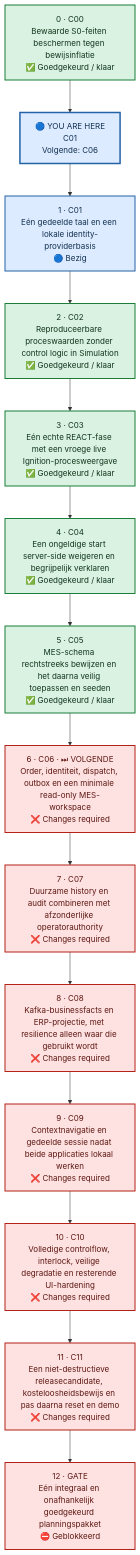
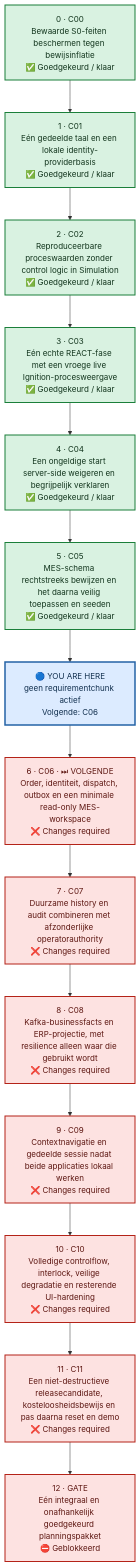
Before and after one commit to Jandesch91/n1-bioforge-requirements-cockpit: the diagram in chunks.mmd, drawn with Mermaid. The commit also changed 4 other files, not shown here.

```diff
--- a/chunks.mmd
+++ b/chunks.mmd
@@ -1,39 +1,39 @@
 %%{init: {"flowchart": {"curve": "linear", "nodeSpacing": 55, "rankSpacing": 65, "htmlLabels": true}}}%%
 flowchart TB
     %% One vertical lane: order is explicit and no dependency arrows cross.
     chunk_0["0 · C00<br/>Bewaarde S0-feiten beschermen tegen bewijsinflatie<br/>✅ Goedgekeurd / klaar"]
-    chunk_1["1 · C01<br/>Eén gedeelde taal en een lokale identity-providerbasis<br/>🔵 Bezig"]
+    chunk_1["1 · C01<br/>Eén gedeelde taal en een lokale identity-providerbasis<br/>✅ Goedgekeurd / klaar"]
     chunk_2["2 · C02<br/>Reproduceerbare proceswaarden zonder control logic in Simulation<br/>✅ Goedgekeurd / klaar"]
     chunk_3["3 · C03<br/>Eén echte REACT-fase met een vroege live Ignition-procesweergave<br/>✅ Goedgekeurd / klaar"]
     chunk_4["4 · C04<br/>Een ongeldige start server-side weigeren en begrijpelijk verklaren<br/>✅ Goedgekeurd / klaar"]
     chunk_5["5 · C05<br/>MES-schema rechtstreeks bewijzen en het daarna veilig toepassen en seeden<br/>✅ Goedgekeurd / klaar"]
     chunk_6["6 · C06 · ⏭ VOLGENDE<br/>Order, identiteit, dispatch, outbox en een minimale read-only MES-workspace<br/>❌ Changes required"]
     chunk_7["7 · C07<br/>Duurzame history en audit combineren met afzonderlijke operatorauthority<br/>❌ Changes required"]
     chunk_8["8 · C08<br/>Kafka-businessfacts en ERP-projectie, met resilience alleen waar die gebruikt wordt<br/>❌ Changes required"]
     chunk_9["9 · C09<br/>Contextnavigatie en gedeelde sessie nadat beide applicaties lokaal werken<br/>❌ Changes required"]
     chunk_10["10 · C10<br/>Volledige controlflow, interlock, veilige degradatie en resterende UI-hardening<br/>❌ Changes required"]
     chunk_11["11 · C11<br/>Een niet-destructieve releasecandidate, kosteloosheidsbewijs en pas daarna reset en demo<br/>❌ Changes required"]
     chunk_12["12 · GATE<br/>Eén integraal en onafhankelijk goedgekeurd planningspakket<br/>⛔ Geblokkeerd"]
-    current_marker["🔵 YOU ARE HERE<br/>C01<br/>Volgende: C06"]
-    chunk_0 --> current_marker --> chunk_1 --> chunk_2 --> chunk_3 --> chunk_4 --> chunk_5 --> chunk_6 --> chunk_7 --> chunk_8 --> chunk_9 --> chunk_10 --> chunk_11 --> chunk_12
+    current_marker["🔵 YOU ARE HERE<br/>geen requirementchunk actief<br/>Volgende: C06"]
+    chunk_0 --> chunk_1 --> chunk_2 --> chunk_3 --> chunk_4 --> chunk_5 --> current_marker --> chunk_6 --> chunk_7 --> chunk_8 --> chunk_9 --> chunk_10 --> chunk_11 --> chunk_12
     classDef approved fill:#D9F2E1,stroke:#1B7F3A,color:#12351D,stroke-width:2px
     classDef inprogress fill:#DCEBFF,stroke:#2463A6,color:#12304F,stroke-width:2px
     classDef human fill:#FFF2BF,stroke:#A66B00,color:#4D3300,stroke-width:2px
     classDef changes fill:#FDE2E1,stroke:#B42318,color:#5D1712,stroke-width:2px
     classDef blocked fill:#FDE2E1,stroke:#B42318,color:#5D1712,stroke-width:2px
     classDef notstarted fill:#F2F4F7,stroke:#667085,color:#344054,stroke-width:2px
     classDef current fill:#DCEBFF,stroke:#2463A6,color:#12304F,stroke-width:3px
     class chunk_0 approved
-    class chunk_1 inprogress
+    class chunk_1 approved
     class chunk_2 approved
     class chunk_3 approved
     class chunk_4 approved
     class chunk_5 approved
     class chunk_6 changes
     class chunk_7 changes
     class chunk_8 changes
     class chunk_9 changes
     class chunk_10 changes
     class chunk_11 changes
     class chunk_12 blocked
     class current_marker current
```
